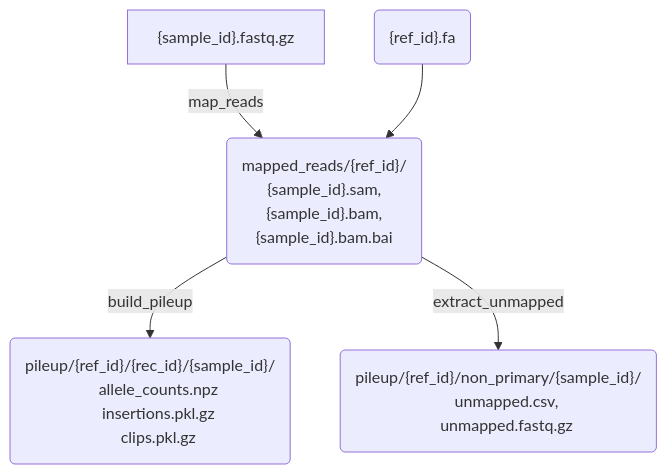
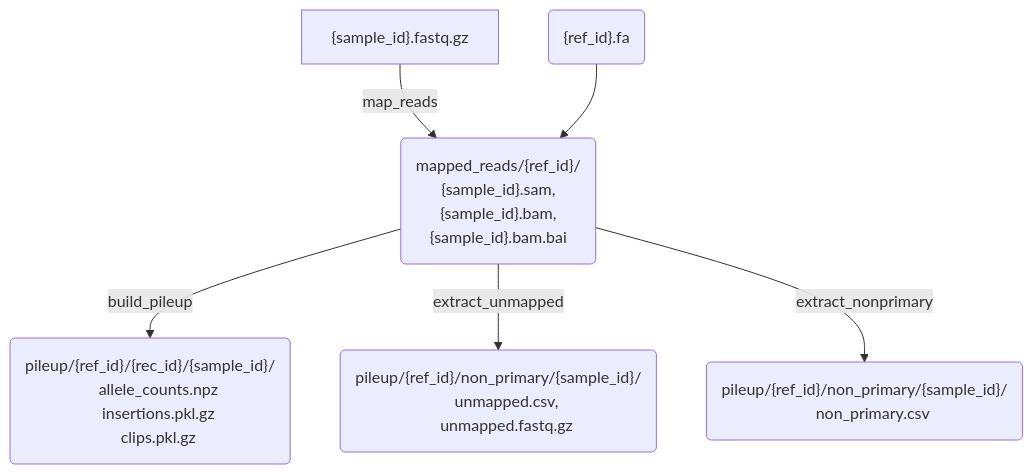
One commit to mmolari/evo-genome-analysis changed the second of 2 diagrams in notes/workflow_structure.md. Above: the diagram before and after it, drawn with Mermaid. The commit also changed other lines of this file and 4 other files, not shown here.

````diff
--- a/notes/workflow_structure.md
+++ b/notes/workflow_structure.md
@@ -86,21 +86,24 @@
 ```mermaid
 flowchart TD
 	Sample["{sample_id}.fastq.gz"]
 	Ref("{ref_id}.fa")
 	Map("mapped_reads/{ref_id}/
     {sample_id}.sam,
     {sample_id}.bam,
     {sample_id}.bam.bai")
   Pileup("pileup/{ref_id}/{rec_id}/{sample_id}/
     allele_counts.npz
     insertions.pkl.gz
     clips.pkl.gz")
   Unmap("pileup/{ref_id}/non_primary/{sample_id}/
     unmapped.csv,
     unmapped.fastq.gz")
+  NonPrim("pileup/{ref_id}/non_primary/{sample_id}/
+    non_primary.csv")
 
 	Sample --> |map_reads| Map
 	Ref --> Map
   Map --> |build_pileup| Pileup
   Map --> |extract_unmapped| Unmap
+  Map --> |extract_nonprimary| NonPrim
 ```
````
